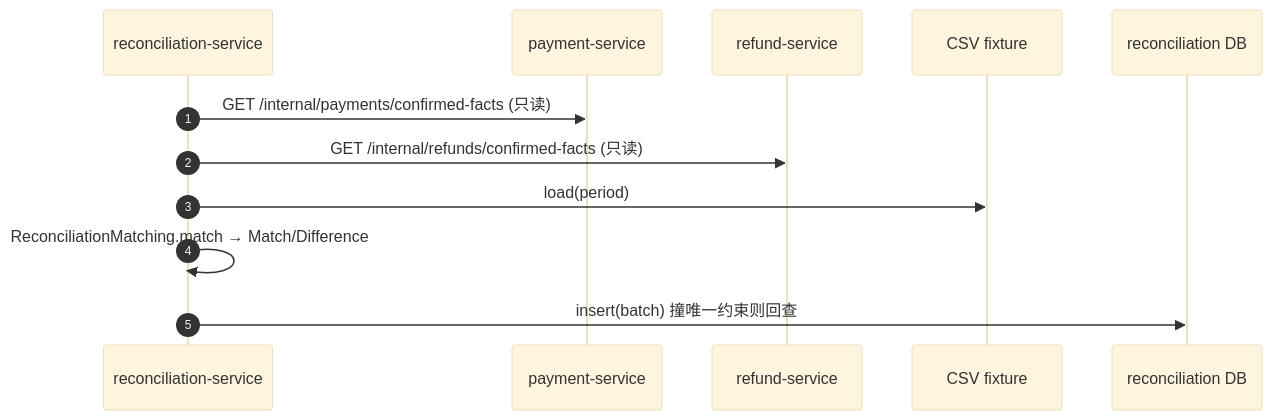
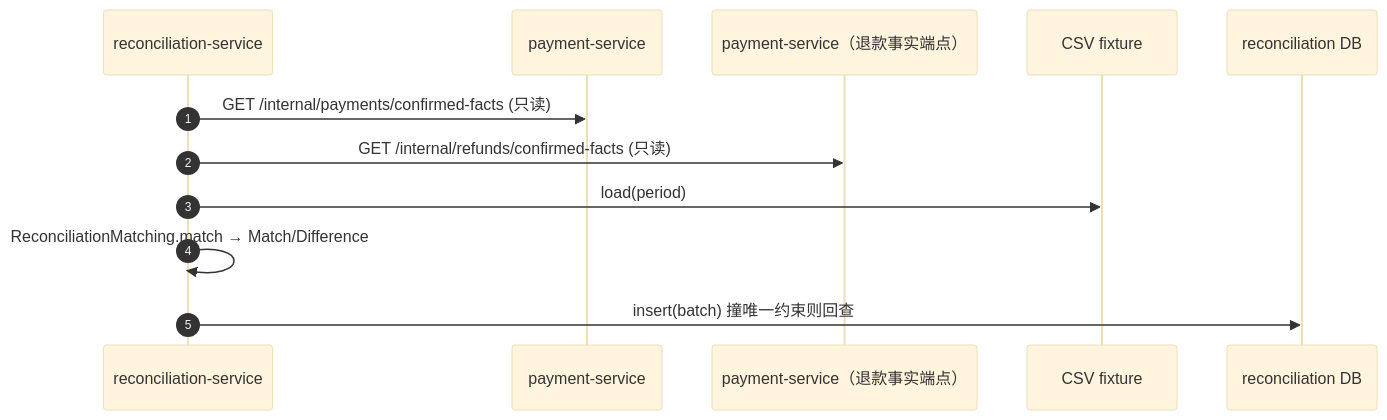
The diagram in docs/architecture/systems/reconciliation-service.md (ckcky/Payment), drawn with Mermaid (base theme) before and after one commit. The commit also changed other lines of this file and 14 other files, not shown here.

````diff
--- a/docs/architecture/systems/reconciliation-service.md
+++ b/docs/architecture/systems/reconciliation-service.md
@@ -188,14 +188,14 @@
 ```mermaid
 sequenceDiagram
     autonumber
     participant R as reconciliation-service
     participant P as payment-service
-    participant F as refund-service
+    participant F as payment-service（退款事实端点）
     participant C as CSV fixture
     participant DB as reconciliation DB
     R->>P: GET /internal/payments/confirmed-facts (只读)
     R->>F: GET /internal/refunds/confirmed-facts (只读)
     R->>C: load(period)
     R->>R: ReconciliationMatching.match → Match/Difference
     R->>DB: insert(batch) 撞唯一约束则回查
 ```
````
